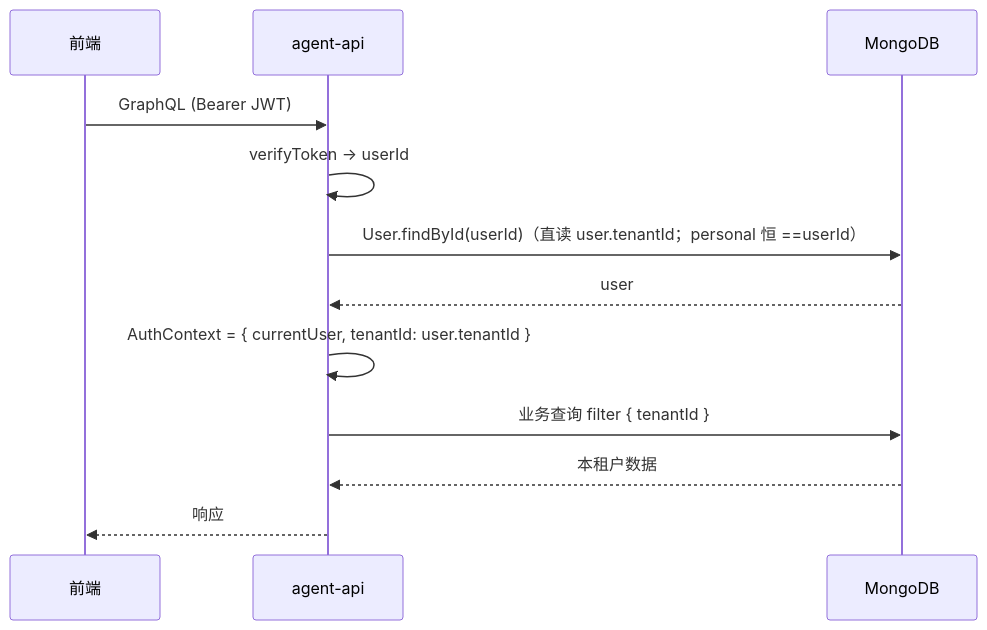
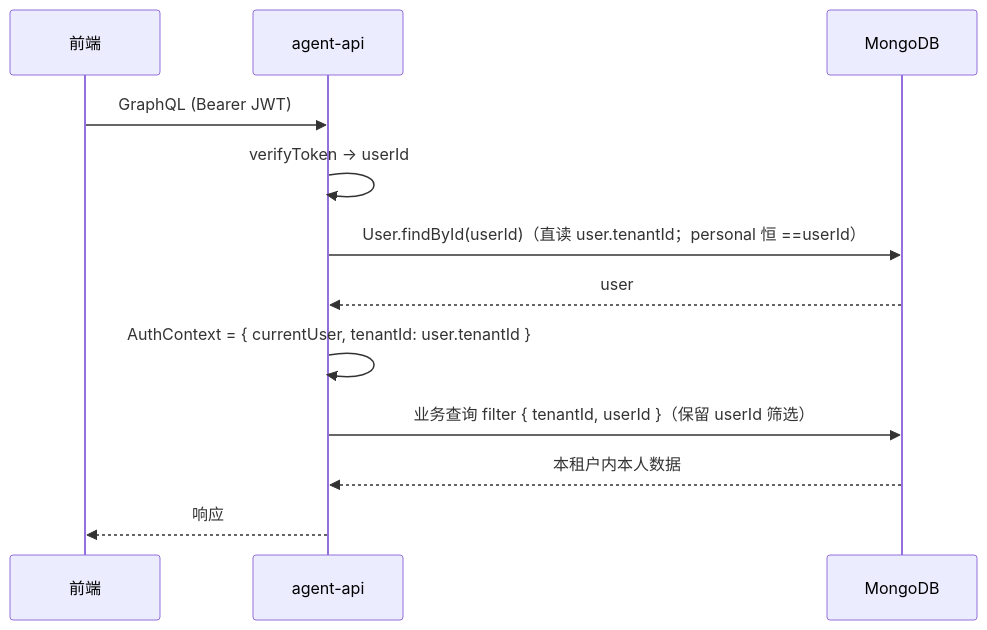
One commit to Deliay/z-agent-gear changed the fourth of 6 diagrams in docs/engineering/proposals/20261027-feat-multi-tenant-phase1.md. Above: the diagram before and after it, drawn with Mermaid. The commit also changed other lines of this file and 3 other files, not shown here.

````diff
--- a/docs/engineering/proposals/20261027-feat-multi-tenant-phase1.md
+++ b/docs/engineering/proposals/20261027-feat-multi-tenant-phase1.md
@@ -347,14 +349,14 @@
 ```mermaid
 sequenceDiagram
     participant C as 前端
     participant A as agent-api
     participant D as MongoDB
     C->>A: GraphQL (Bearer JWT)
     A->>A: verifyToken → userId
     A->>D: User.findById(userId)（直读 user.tenantId；personal 恒 ==userId）
     D-->>A: user
     A->>A: AuthContext = { currentUser, tenantId: user.tenantId }
-    A->>D: 业务查询 filter { tenantId }
-    D-->>A: 本租户数据
+    A->>D: 业务查询 filter { tenantId, userId }（保留 userId 筛选）
+    D-->>A: 本租户内本人数据
     A-->>C: 响应
 ```
````
